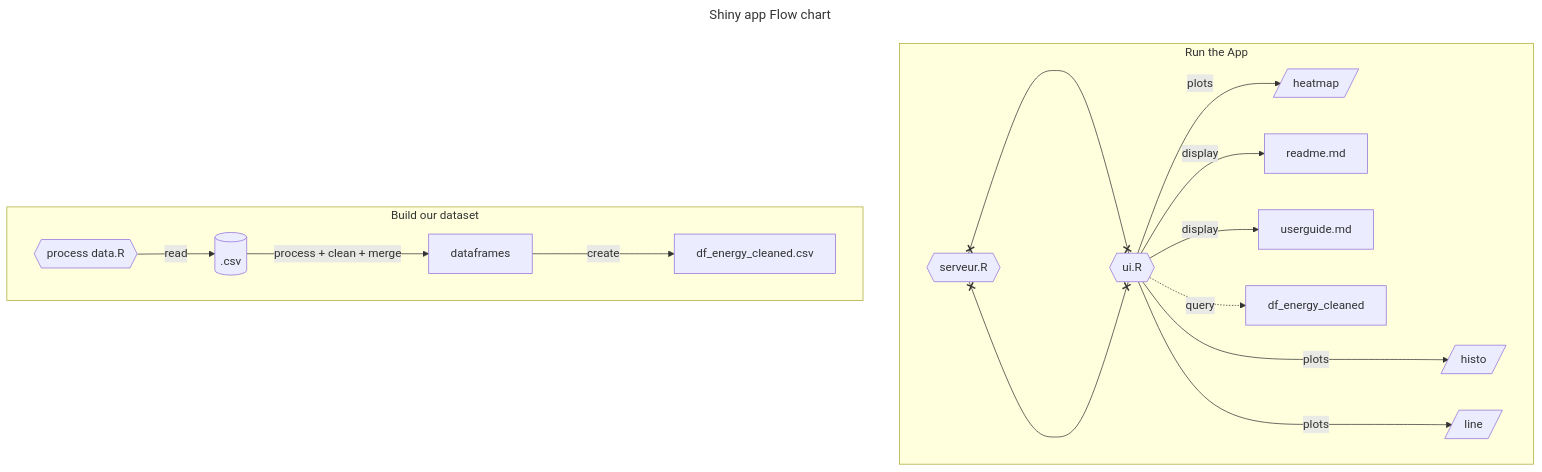
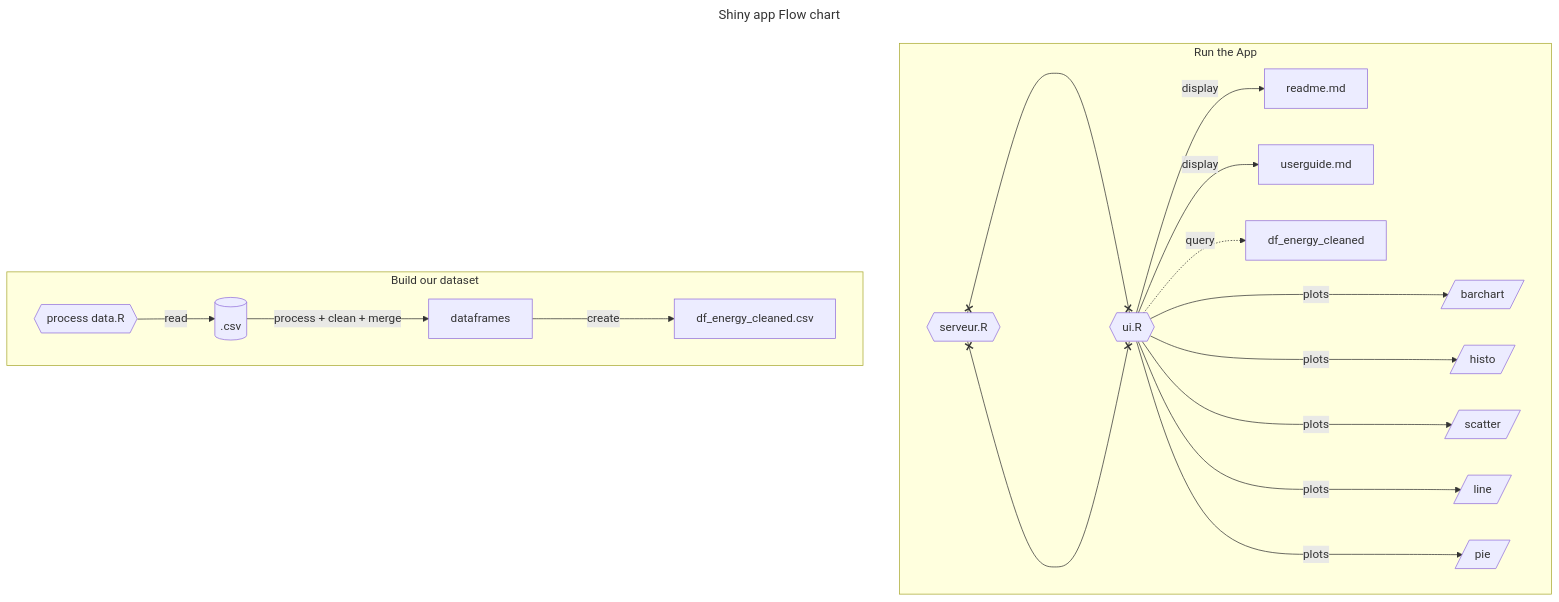
One commit to Projet-ESIEE/DSIA_4101C-R_-_Data_Visualisation changed the second of 2 diagrams in guide/dev_guide.md. Above: the diagram before and after it, drawn with Mermaid. The commit also changed 2 other files, not shown here.

Commit message:
markdown

````diff
--- a/guide/dev_guide.md
+++ b/guide/dev_guide.md
@@ -53,25 +53,28 @@
 ```mermaid
 ---
 title: Shiny app Flow chart
 ---
 flowchart TD
 subgraph "Run the App"
   main{{serveur.R}} x---x ui.R{{ui.R}}
   ui.R{{ui.R}} x---x main{{serveur.R}}
-  ui.R{{ui.R}} -- plots --> heatmap[/heatmap/]
+  ui.R{{ui.R}} -- plots ---> barchart[/barchart/]
   ui.R{{ui.R}} -- plots ---> histo[/histo/]
+  ui.R{{ui.R}} -- plots ---> scatter[/scatter/]
   ui.R{{ui.R}} -- plots ---> line[/line/]
+  ui.R{{ui.R}} -- plots ---> pie[/pie/]
+  
   ui.R{{ui.R}} -- display --> readme.md
-
   ui.R{{ui.R}} -- display --> userguide.md
+  
   ui.R{{ui.R}} -.query .-> df_energy_cleaned
 
 end
 
 
 subgraph "Build our dataset"
   process_data{{process data.R}} -- "read" --> db[(.csv)]
   db[(.csv)] -- "process + clean + merge" -->  dataframes
   dataframes -- create ---> df_energy_cleaned.csv
 end
 ```
````
